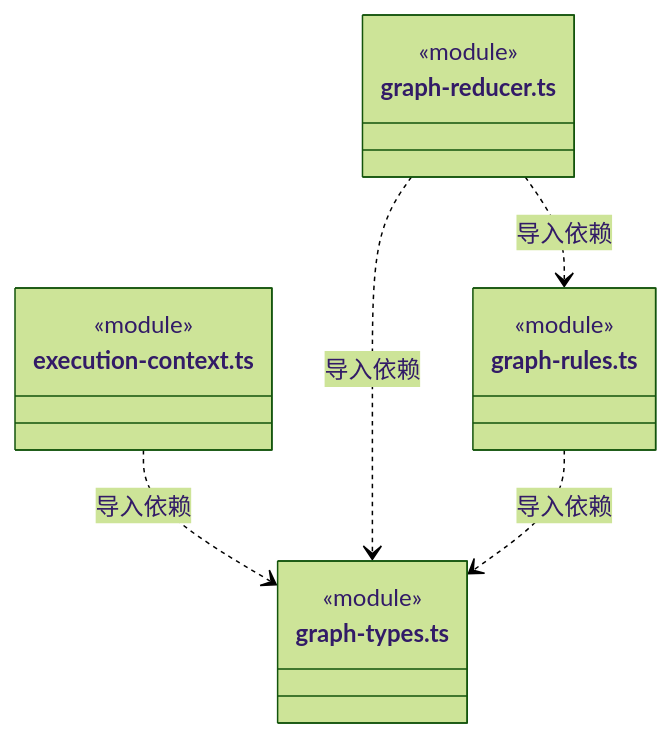
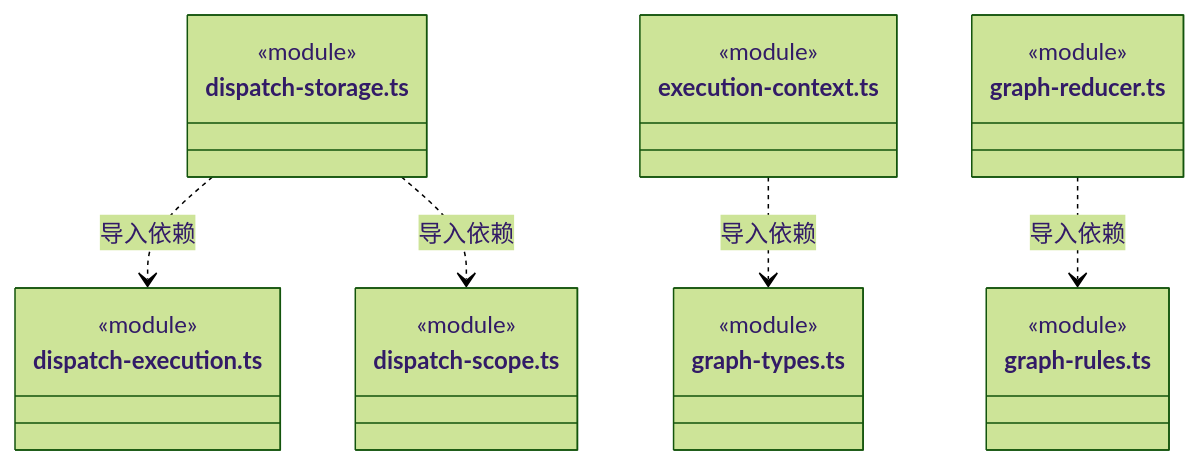
One commit to nan023062/cbim changed diagram 33 of 38 in src/backend/core/tasks/ARCHITECTURE.md. Above: the diagram before and after it, drawn with Mermaid (forest theme). The commit also changed other lines of this file and 36 other files, not shown here.

````diff
--- a/src/backend/core/tasks/ARCHITECTURE.md
+++ b/src/backend/core/tasks/ARCHITECTURE.md
@@ -803,19 +856,28 @@
 ```mermaid
 classDiagram
+class N_src_backend_core_tasks_dispatch_storage_ts["dispatch-storage.ts"] {
+  <<module>>
+}
+class N_src_backend_core_tasks_dispatch_execution_ts["dispatch-execution.ts"] {
+  <<module>>
+}
+class N_src_backend_core_tasks_dispatch_scope_ts["dispatch-scope.ts"] {
+  <<module>>
+}
 class N_src_backend_core_tasks_execution_context_ts["execution-context.ts"] {
   <<module>>
 }
 class N_src_backend_core_tasks_graph_types_ts["graph-types.ts"] {
   <<module>>
 }
 class N_src_backend_core_tasks_graph_reducer_ts["graph-reducer.ts"] {
   <<module>>
 }
 class N_src_backend_core_tasks_graph_rules_ts["graph-rules.ts"] {
   <<module>>
 }
+N_src_backend_core_tasks_dispatch_storage_ts ..> N_src_backend_core_tasks_dispatch_execution_ts : 导入依赖
+N_src_backend_core_tasks_dispatch_storage_ts ..> N_src_backend_core_tasks_dispatch_scope_ts : 导入依赖
 N_src_backend_core_tasks_execution_context_ts ..> N_src_backend_core_tasks_graph_types_ts : 导入依赖
 N_src_backend_core_tasks_graph_reducer_ts ..> N_src_backend_core_tasks_graph_rules_ts : 导入依赖
-N_src_backend_core_tasks_graph_reducer_ts ..> N_src_backend_core_tasks_graph_types_ts : 导入依赖
-N_src_backend_core_tasks_graph_rules_ts ..> N_src_backend_core_tasks_graph_types_ts : 导入依赖
 ```
````
